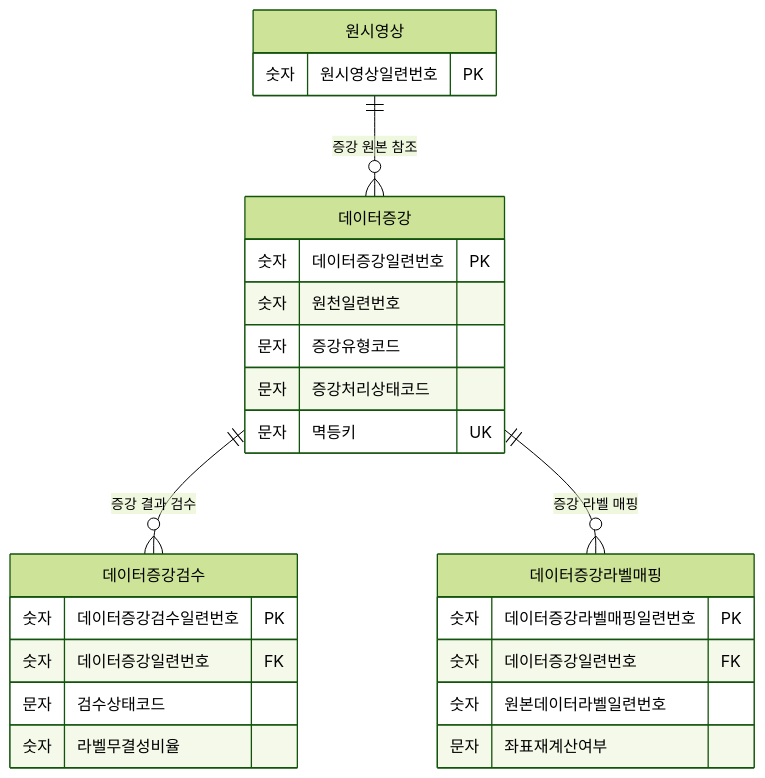
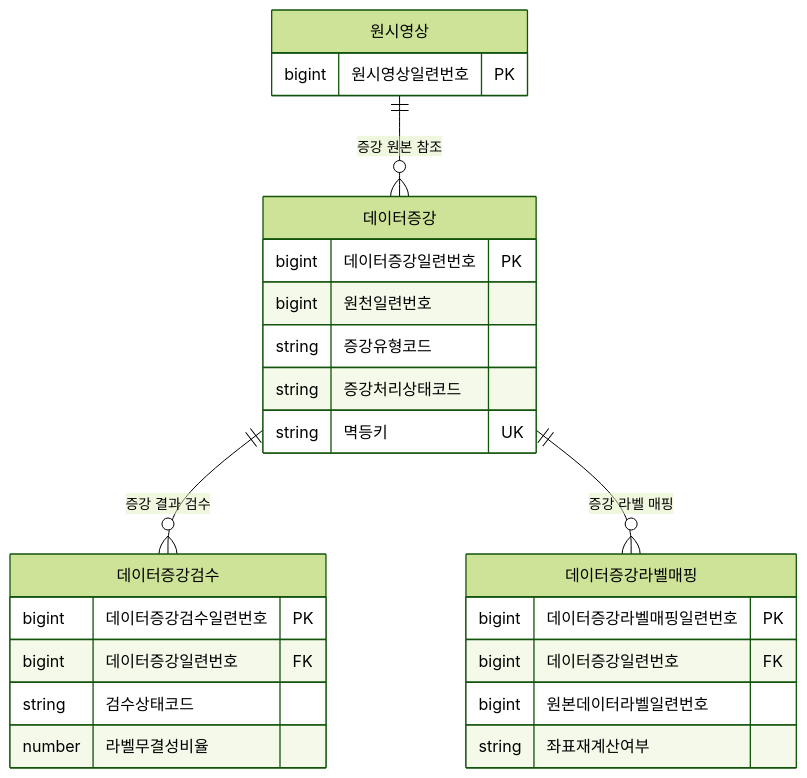
One commit to New-stella/klid-label changed the ninth of 14 diagrams in docs/0705/D8-엔티티관계모형설계서.md. Above: the diagram before and after it, drawn with Mermaid (forest theme). The commit also changed other lines of this file and 1 other file, not shown here.

First line of the commit message:
docs(D8): §2 속성명 한글화 + §1 ERD 타입 물리 원형 복원

````diff
--- a/docs/0705/D8-엔티티관계모형설계서.md
+++ b/docs/0705/D8-엔티티관계모형설계서.md
@@ -337,32 +337,32 @@
 ```mermaid
 erDiagram
     데이터증강 ||--o{ 데이터증강검수 : "증강 결과 검수"
     데이터증강 ||--o{ 데이터증강라벨매핑 : "증강 라벨 매핑"
     원시영상 ||--o{ 데이터증강 : "증강 원본 참조"
     원시영상 {
         %% class: LsDataRaw (KLID-AT-DC-012)
-        숫자 원시영상일련번호 PK
+        bigint 원시영상일련번호 PK
     }
     데이터증강 {
         %% class: LsDataAug (KLID-AT-DC-123)
-        숫자 데이터증강일련번호 PK
-        숫자 원천일련번호
-        문자 증강유형코드
-        문자 증강처리상태코드
-        문자 멱등키 UK
+        bigint 데이터증강일련번호 PK
+        bigint 원천일련번호
+        string 증강유형코드
+        string 증강처리상태코드
+        string 멱등키 UK
     }
     데이터증강검수 {
         %% class: LsDataAugRvw (KLID-AT-DC-125)
-        숫자 데이터증강검수일련번호 PK
-        숫자 데이터증강일련번호 FK
-        문자 검수상태코드
-        숫자 라벨무결성비율
+        bigint 데이터증강검수일련번호 PK
+        bigint 데이터증강일련번호 FK
+        string 검수상태코드
+        number 라벨무결성비율
     }
     데이터증강라벨매핑 {
         %% class: LsDataAugLblMap (KLID-AT-DC-124)
-        숫자 데이터증강라벨매핑일련번호 PK
-        숫자 데이터증강일련번호 FK
-        숫자 원본데이터라벨일련번호
-        문자 좌표재계산여부
+        bigint 데이터증강라벨매핑일련번호 PK
+        bigint 데이터증강일련번호 FK
+        bigint 원본데이터라벨일련번호
+        string 좌표재계산여부
     }
 ```
````
